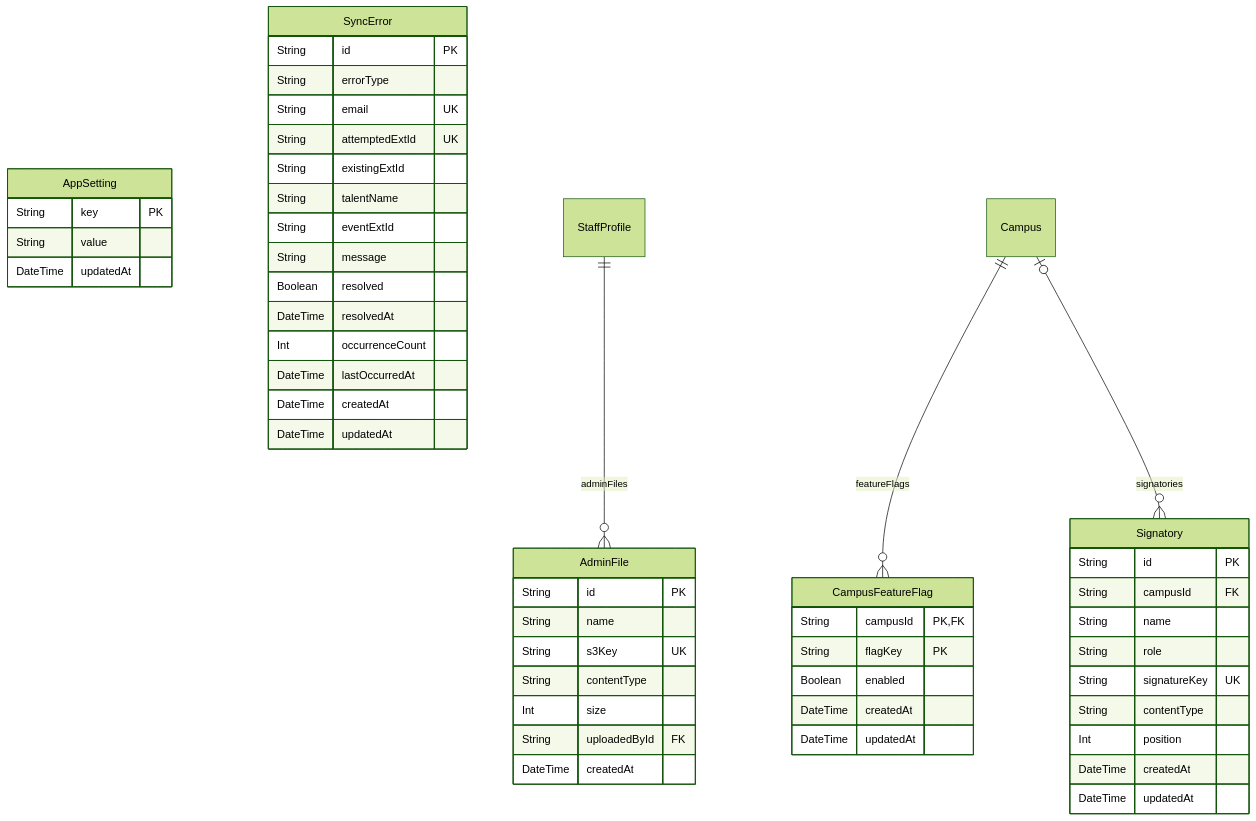
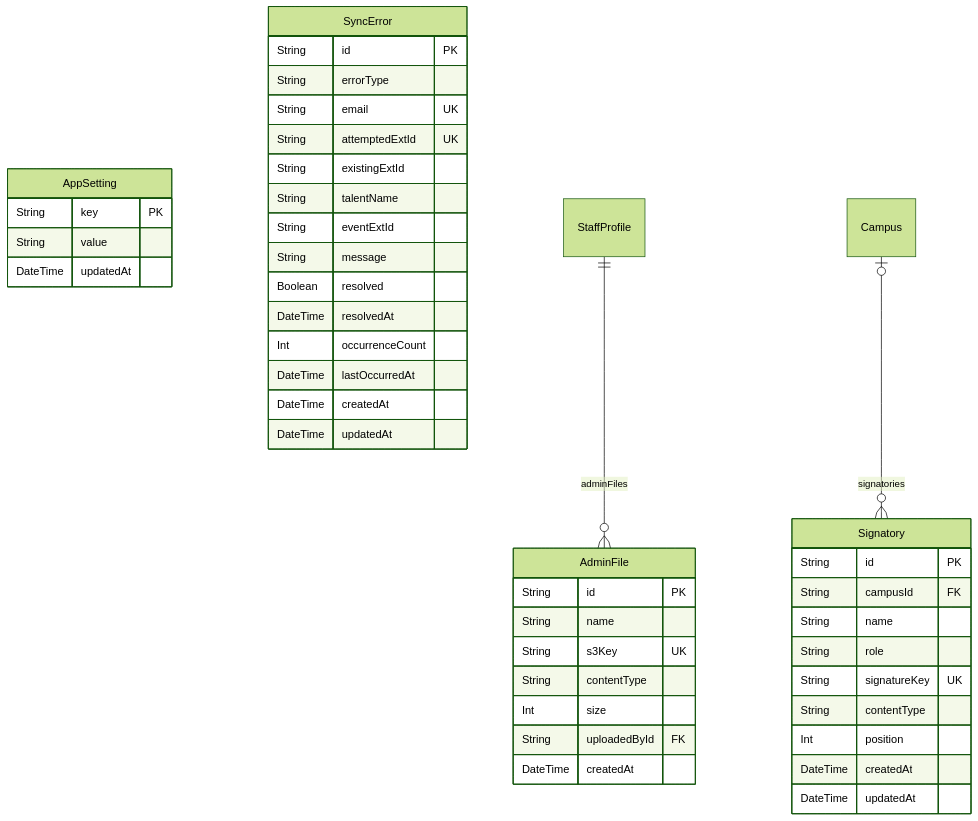
The tenth of 10 diagrams in frontend/docs/database.md (Manta-Epitech-Academy/jump), drawn with Mermaid (forest theme) before and after one commit. The commit also changed other lines of this file and 28 other files, not shown here.

First line of the commit message:
refactor(cleanup): remove per-campus feature flag subsystem

````diff
--- a/frontend/docs/database.md
+++ b/frontend/docs/database.md
@@ -825,58 +825,50 @@
 ```mermaid
 erDiagram
-  CampusFeatureFlag {
-    String campusId PK,FK
-    String flagKey PK
-    Boolean enabled
-    DateTime createdAt
-    DateTime updatedAt
-  }
   AppSetting {
     String key PK
     String value
     DateTime updatedAt
   }
   Signatory {
     String id PK
     String campusId FK
     String name
     String role
     String signatureKey UK
     String contentType
     Int position
     DateTime createdAt
     DateTime updatedAt
   }
   AdminFile {
     String id PK
     String name
     String s3Key UK
     String contentType
     Int size
     String uploadedById FK
     DateTime createdAt
   }
   SyncError {
     String id PK
     String errorType
     String email UK
     String attemptedExtId UK
     String existingExtId
     String talentName
     String eventExtId
     String message
     Boolean resolved
     DateTime resolvedAt
     Int occurrenceCount
     DateTime lastOccurredAt
     DateTime createdAt
     DateTime updatedAt
   }
   StaffProfile {
   }
   Campus {
   }
   StaffProfile ||--o{ AdminFile : "adminFiles"
-  Campus ||--o{ CampusFeatureFlag : "featureFlags"
   Campus |o--o{ Signatory : "signatories"
 ```
````
